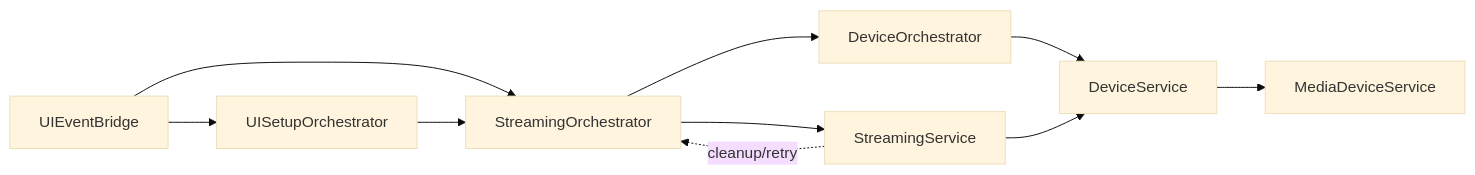
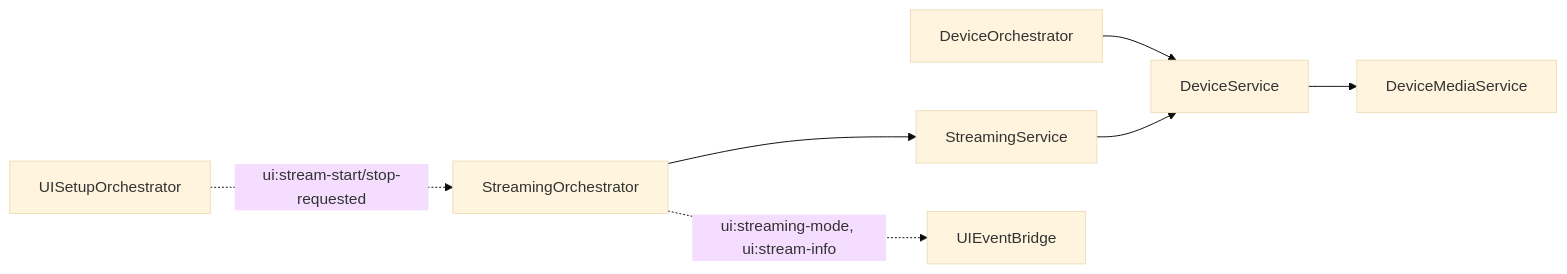
The second of 6 diagrams in docs/architecture-diagrams-onboarding.md (josstei/prismgb-app), drawn with Mermaid (base theme) before and after one commit. The commit also changed other lines of this file and 50 other files, not shown here.

````diff
--- a/docs/architecture-diagrams-onboarding.md
+++ b/docs/architecture-diagrams-onboarding.md
@@ -28,20 +29,17 @@
 ```mermaid
 flowchart LR
-  UIEventBridge[UIEventBridge]
   UISetupOrchestrator[UISetupOrchestrator]
   StreamingOrchestrator[StreamingOrchestrator]
   StreamingService[StreamingService]
   DeviceOrchestrator[DeviceOrchestrator]
   DeviceService[DeviceService]
-  MediaDeviceService[MediaDeviceService]
+  DeviceMediaService[DeviceMediaService]
+  UIEventBridge[UIEventBridge]
 
-  UIEventBridge --> UISetupOrchestrator
-  UIEventBridge --> StreamingOrchestrator
-  UISetupOrchestrator --> StreamingOrchestrator
+  UISetupOrchestrator -. "ui:stream-start/stop-requested" .-> StreamingOrchestrator
   StreamingOrchestrator --> StreamingService
-  StreamingOrchestrator --> DeviceOrchestrator
+  StreamingOrchestrator -. "ui:streaming-mode, ui:stream-info" .-> UIEventBridge
   DeviceOrchestrator --> DeviceService
   StreamingService --> DeviceService
-  DeviceService --> MediaDeviceService
-  StreamingService -. cleanup/retry .-> StreamingOrchestrator
+  DeviceService --> DeviceMediaService
 ```
````
